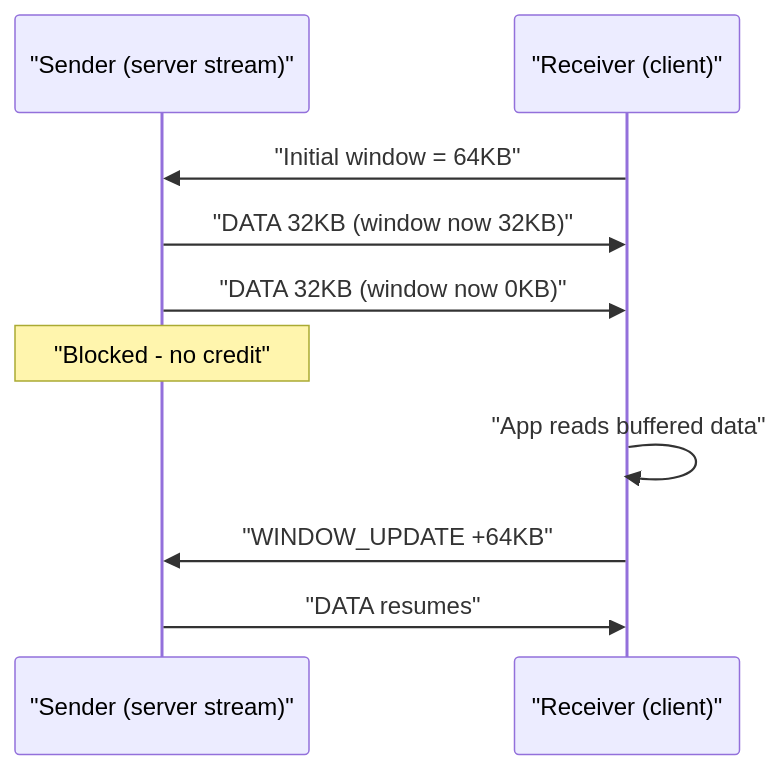
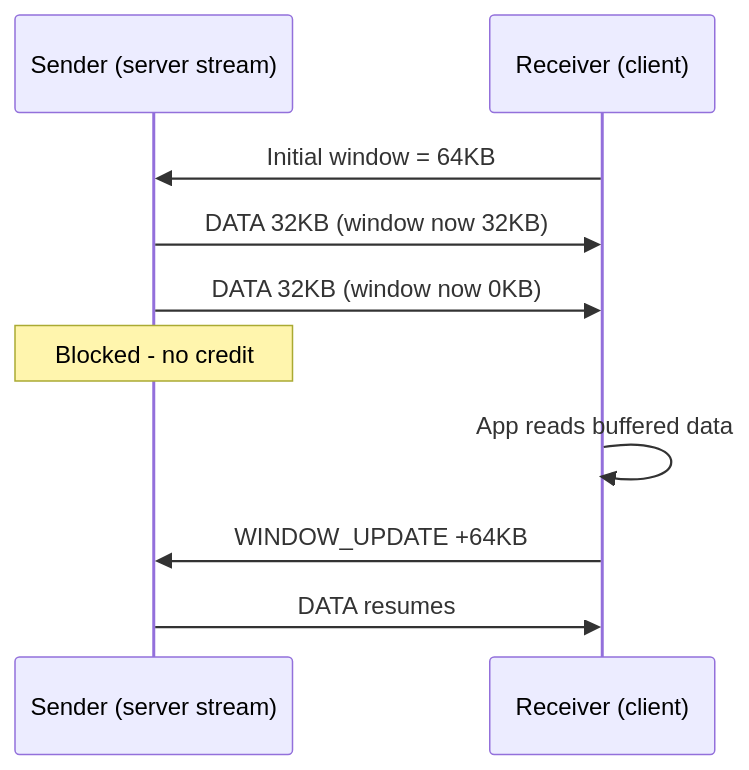
The second of 2 diagrams in content/post/grpc-streaming-and-flow-control.md (vabs/vabs.github.io), drawn with Mermaid before and after one commit. The commit also changed other lines of this file and 87 other files, not shown here.

First line of the commit message:
Fix: Readable mermaid diagrams and fact-check blog posts

```diff
--- a/content/post/grpc-streaming-and-flow-control.md
+++ b/content/post/grpc-streaming-and-flow-control.md
@@ -66,12 +66,12 @@
 {{< mermaid >}}
 sequenceDiagram
-    participant S as "Sender (server stream)"
-    participant R as "Receiver (client)"
-    R->>S: "Initial window = 64KB"
-    S->>R: "DATA 32KB (window now 32KB)"
-    S->>R: "DATA 32KB (window now 0KB)"
-    Note over S: "Blocked - no credit"
-    R->>R: "App reads buffered data"
-    R->>S: "WINDOW_UPDATE +64KB"
-    S->>R: "DATA resumes"
+    participant S as Sender (server stream)
+    participant R as Receiver (client)
+    R->>S: Initial window = 64KB
+    S->>R: DATA 32KB (window now 32KB)
+    S->>R: DATA 32KB (window now 0KB)
+    Note over S: Blocked - no credit
+    R->>R: App reads buffered data
+    R->>S: WINDOW_UPDATE +64KB
+    S->>R: DATA resumes
 {{< /mermaid >}}
```
